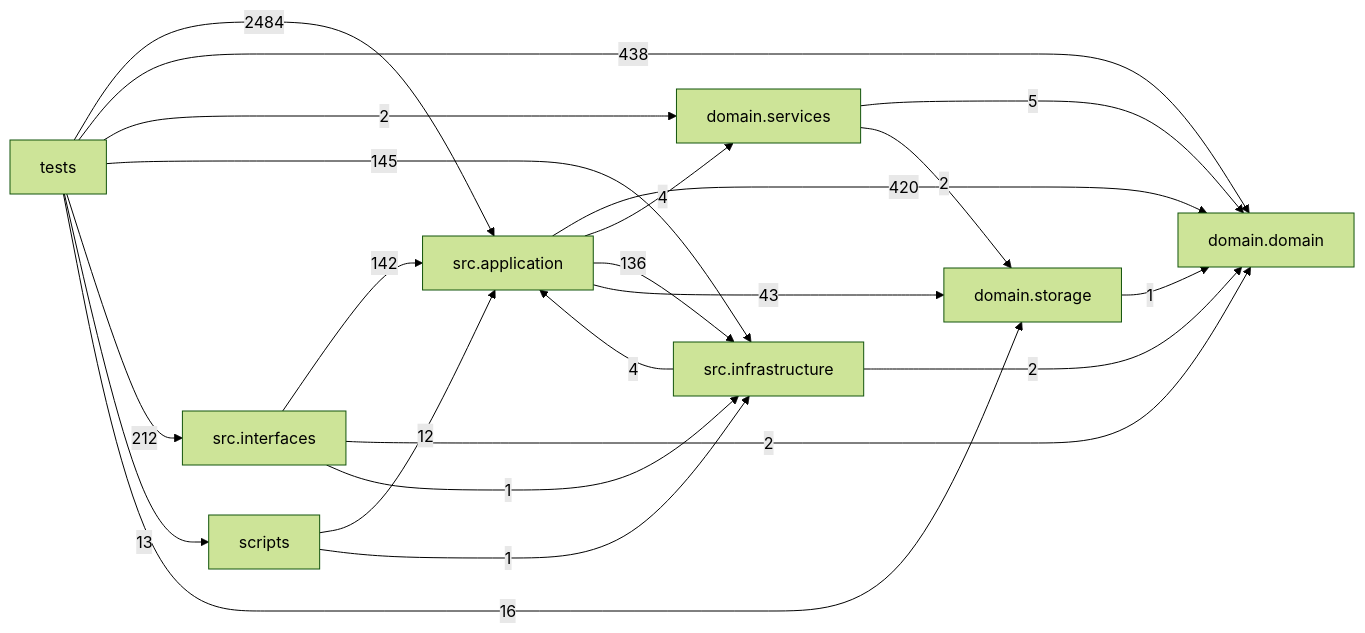
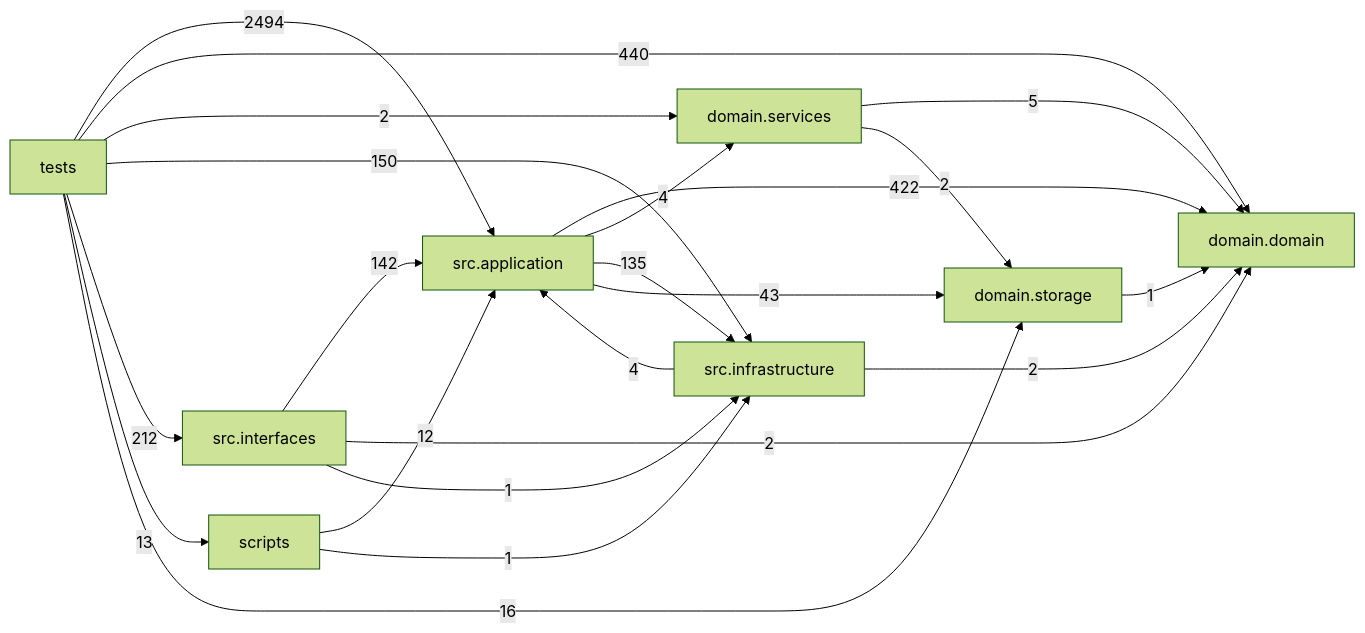
Before and after one commit to liuxie066/options-monitor: the diagram in docs/DEPENDENCY_GRAPH.md, drawn with Mermaid (forest theme). The commit also changed other lines of this file and 34 other files, not shown here.

````diff
--- a/docs/DEPENDENCY_GRAPH.md
+++ b/docs/DEPENDENCY_GRAPH.md
@@ -24,32 +24,32 @@
 ```mermaid
 flowchart LR
   tests["tests"]
   scripts["scripts"]
   interfaces["src.interfaces"]
   application["src.application"]
   infrastructure["src.infrastructure"]
   domain_services["domain.services"]
   domain["domain.domain"]
   storage["domain.storage"]
-  application -->|420| domain
+  application -->|422| domain
   application -->|4| domain_services
-  application -->|136| infrastructure
+  application -->|135| infrastructure
   application -->|43| storage
   domain_services -->|5| domain
   domain_services -->|2| storage
   infrastructure -->|4| application
   infrastructure -->|2| domain
   interfaces -->|142| application
   interfaces -->|2| domain
   interfaces -->|1| infrastructure
   scripts -->|12| application
   scripts -->|1| infrastructure
   storage -->|1| domain
-  tests -->|2484| application
-  tests -->|438| domain
+  tests -->|2494| application
+  tests -->|440| domain
   tests -->|2| domain_services
-  tests -->|145| infrastructure
+  tests -->|150| infrastructure
   tests -->|212| interfaces
   tests -->|13| scripts
   tests -->|16| storage
 ```
````
